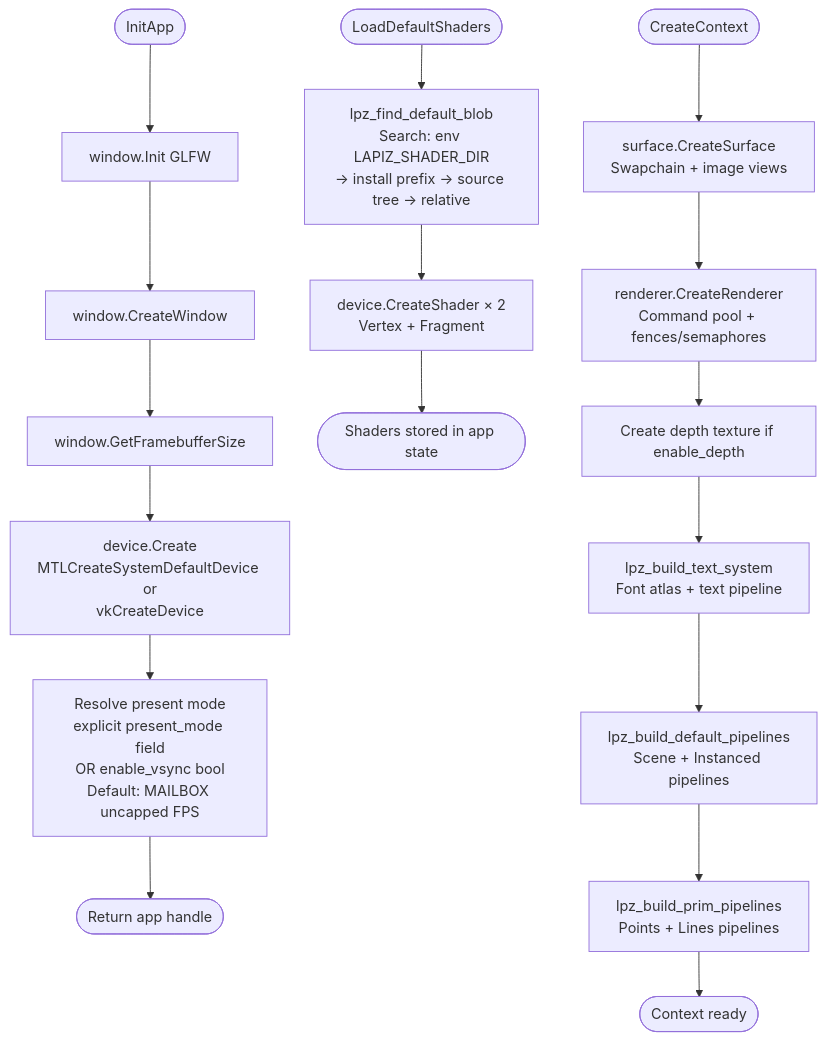
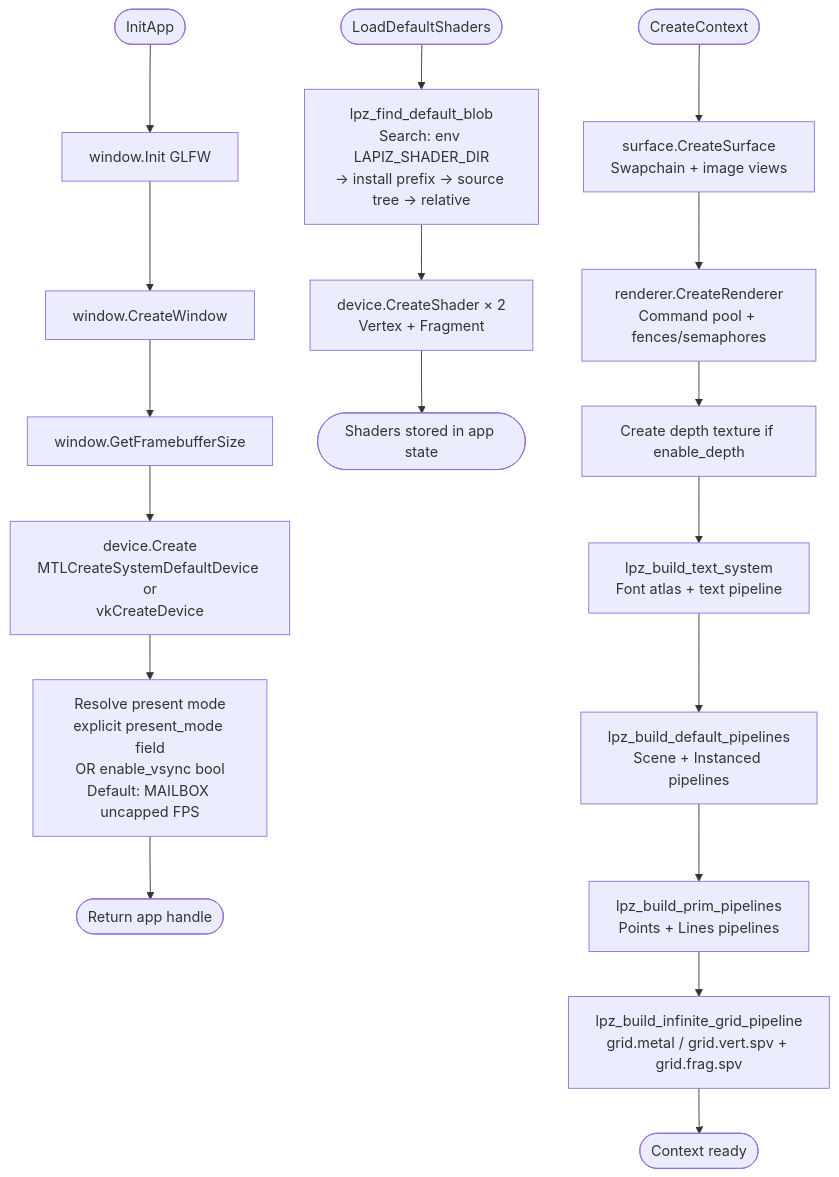
One commit to UlizesR/Lapiz changed diagram 12 of 19 in README.md. Above: the diagram before and after it, drawn with Mermaid. The commit also changed other lines of this file and 12 other files, not shown here.

````diff
--- a/README.md
+++ b/README.md
@@ -572,21 +611,22 @@
 ```mermaid
 flowchart TD
     IA([InitApp]) --> WI[window.Init GLFW]
     WI --> CW[window.CreateWindow]
     CW --> GS[window.GetFramebufferSize]
     GS --> DC[device.Create\nMTLCreateSystemDefaultDevice or\nvkCreateDevice]
     DC --> PM[Resolve present mode\nexplicit present_mode field\nOR enable_vsync bool\nDefault: MAILBOX uncapped FPS]
     PM --> RET1([Return app handle])
 
     LS([LoadDefaultShaders]) --> FB[lpz_find_default_blob\nSearch: env LAPIZ_SHADER_DIR\n→ install prefix → source tree → relative]
     FB --> CS[device.CreateShader × 2\nVertex + Fragment]
     CS --> RET2([Shaders stored in app state])
 
     CC([CreateContext]) --> SF[surface.CreateSurface\nSwapchain + image views]
     SF --> RC[renderer.CreateRenderer\nCommand pool + fences/semaphores]
     RC --> DT[Create depth texture if enable_depth]
     DT --> TS[lpz_build_text_system\nFont atlas + text pipeline]
     TS --> DP[lpz_build_default_pipelines\nScene + Instanced pipelines]
     DP --> PP[lpz_build_prim_pipelines\nPoints + Lines pipelines]
-    PP --> RET3([Context ready])
+    PP --> IG[lpz_build_infinite_grid_pipeline\ngrid.metal / grid.vert.spv + grid.frag.spv]
+    IG --> RET3([Context ready])
 ```
````
